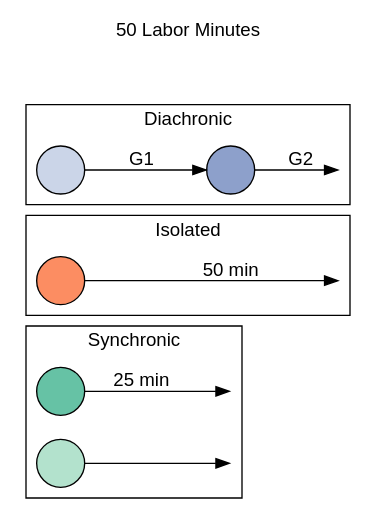
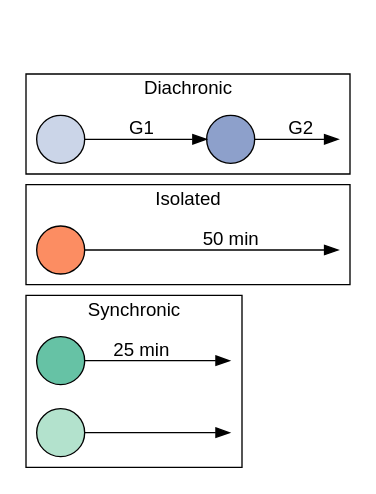
One commit to pedmiston/totems-data changed the diagram in inst/extdata/team-structures-50min.gv. Above: the diagram before and after it, drawn with Graphviz. The commit also changed 3 other files, not shown here.

```diff
--- a/inst/extdata/team-structures-50min.gv
+++ b/inst/extdata/team-structures-50min.gv
@@ -1,45 +1,45 @@
 digraph {
   rankdir=LR;
-  label="50 Labor Minutes";
+  // label="50 Labor Minutes";
   labelloc=t;
   fontname=helvetica;
   // bgcolor=transparent;
 
   node[fontname=Helvetica; label=""; style=filled];
   edge[fontname=Helvetica];
 
   // Set cluster order (top to bottom) by initializing
   // nodes in each cluster starting from bottom to top
   s1, solo, d1;
 
   // Shapes are projects
   d1, d2, solo, s1, s2[shape=circle];
 
   // Colors are people
   s1[fillcolor="#66C2A5"];
   s2[fillcolor="#b3e2cd"];
   d1[fillcolor="#cbd5e8"];
   d2[fillcolor="#8DA0CB"];
   solo[fillcolor="#FC8D62"];
 
   // Invisible last nodes
   dinv1, soloinv1, solo2, sinv1, sinv2[style=invis, width=0];
 
   subgraph cluster1 {
     label="Diachronic";
     d1 -> d2[label="G1"]
     d2 -> dinv1[label="G2"];
   }
 
   subgraph cluster2 {
     label="Isolated";
     solo -> soloinv1[minlen=2 label="50 min"];
   }
 
   subgraph cluster3 {
     label="Synchronic";
     s1 -> sinv1[label="25 min"];
     s2 -> sinv2;
   }
 
 }
```
